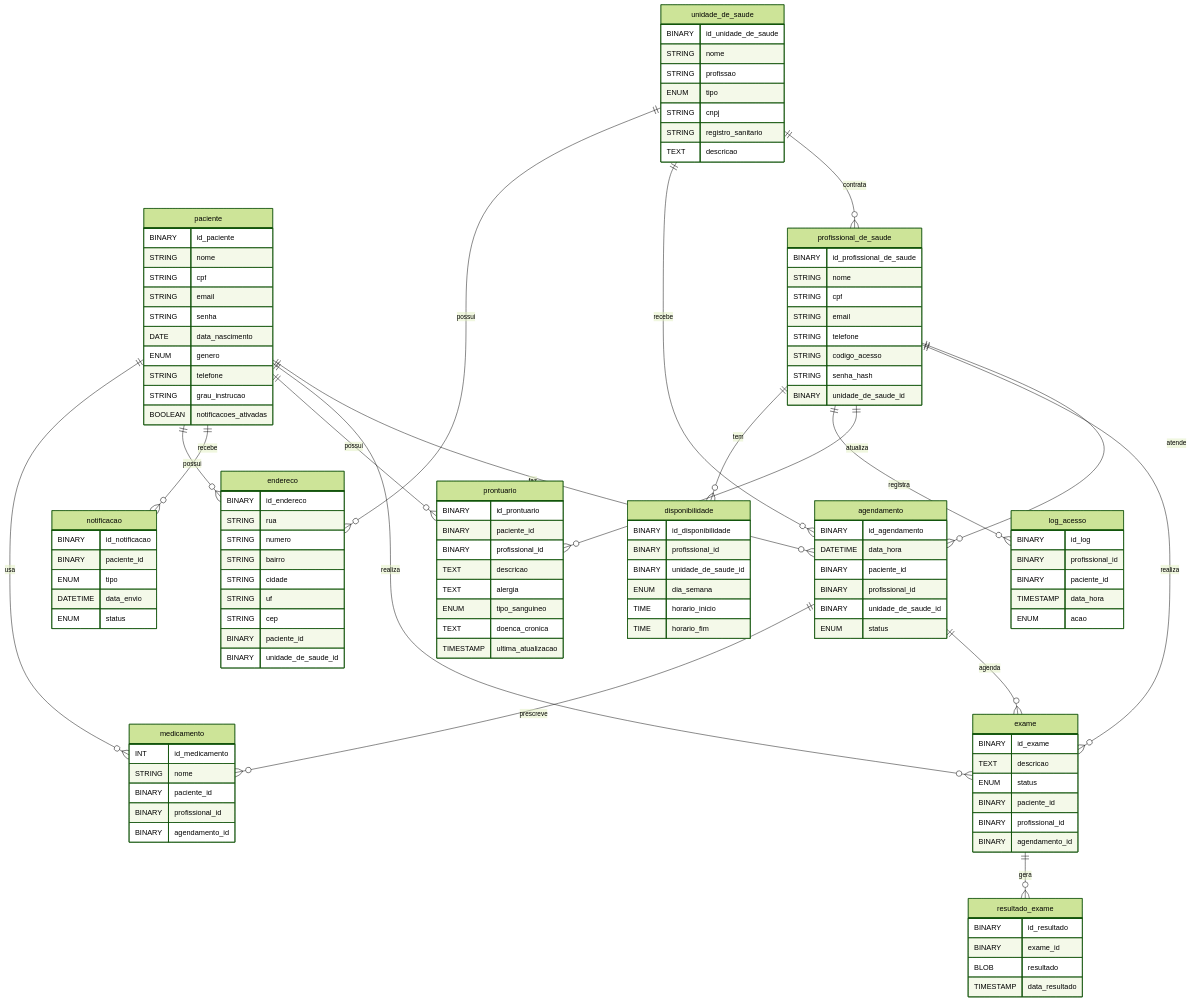
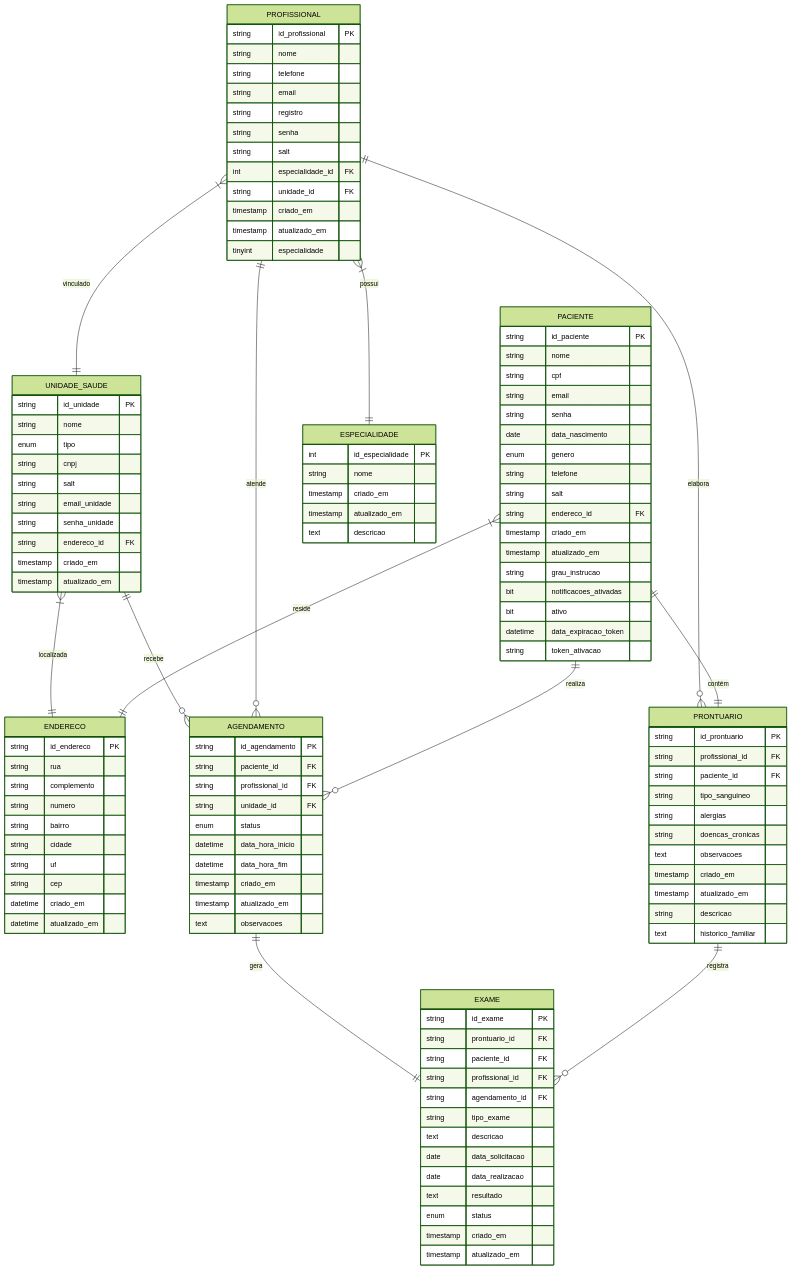
One commit to SAS-Organizacao/SAS_BackEnd changed the diagram in README.md. Above: the diagram before and after it, drawn with Mermaid (forest theme).

Commit message:
Docs: Atualizar README.md

````diff
--- a/README.md
+++ b/README.md
@@ -24,136 +24,130 @@
 ```mermaid
 erDiagram
-    paciente {
-        BINARY id_paciente
-        STRING nome
-        STRING cpf
-        STRING email
-        STRING senha
-        DATE data_nascimento
-        ENUM genero
-        STRING telefone
-        STRING grau_instrucao
-        BOOLEAN notificacoes_ativadas
+    %% Entidades Principais
+    PACIENTE {
+        string id_paciente PK
+        string nome
+        string cpf
+        string email
+        string senha
+        date data_nascimento
+        enum genero
+        string telefone
+        string salt
+        string endereco_id FK
+        timestamp criado_em
+        timestamp atualizado_em
+        string grau_instrucao
+        bit notificacoes_ativadas
+        bit ativo
+        datetime data_expiracao_token
+        string token_ativacao
     }
 
-    unidade_de_saude {
-        BINARY id_unidade_de_saude
-        STRING nome
-        STRING profissao
-        ENUM tipo
-        STRING cnpj
-        STRING registro_sanitario
-        TEXT descricao
+    ENDERECO {
+        string id_endereco PK
+        string rua
+        string complemento
+        string numero
+        string bairro
+        string cidade
+        string uf
+        string cep
+        datetime criado_em
+        datetime atualizado_em
     }
 
-    profissional_de_saude {
-        BINARY id_profissional_de_saude
-        STRING nome
-        STRING cpf
-        STRING email
-        STRING telefone
-        STRING codigo_acesso
-        STRING senha_hash
-        BINARY unidade_de_saude_id
+    UNIDADE_SAUDE {
+        string id_unidade PK
+        string nome
+        enum tipo
+        string cnpj
+        string salt
+        string email_unidade
+        string senha_unidade
+        string endereco_id FK
+        timestamp criado_em
+        timestamp atualizado_em
     }
 
-    agendamento {
-        BINARY id_agendamento
-        DATETIME data_hora
-        BINARY paciente_id
-        BINARY profissional_id
-        BINARY unidade_de_saude_id
-        ENUM status
+    ESPECIALIDADE {
+        int id_especialidade PK
+        string nome
+        timestamp criado_em
+        timestamp atualizado_em
+        text descricao
     }
 
-    exame {
-        BINARY id_exame
-        TEXT descricao
-        ENUM status
-        BINARY paciente_id
-        BINARY profissional_id
-        BINARY agendamento_id
+    %% Entidades Secundárias
+    PROFISSIONAL {
+        string id_profissional PK
+        string nome
+        string telefone
+        string email
+        string registro
+        string senha
+        string salt
+        int especialidade_id FK
+        string unidade_id FK
+        timestamp criado_em
+        timestamp atualizado_em
+        tinyint especialidade
     }
 
-    resultado_exame {
-        BINARY id_resultado
-        BINARY exame_id
-        BLOB resultado
-        TIMESTAMP data_resultado
+    AGENDAMENTO {
+        string id_agendamento PK
+        string paciente_id FK
+        string profissional_id FK
+        string unidade_id FK
+        enum status
+        datetime data_hora_inicio
+        datetime data_hora_fim
+        timestamp criado_em
+        timestamp atualizado_em
+        text observacoes
     }
 
-    prontuario {
-        BINARY id_prontuario
-        BINARY paciente_id
-        BINARY profissional_id
-        TEXT descricao
-        TEXT alergia
-        ENUM tipo_sanguineo
-        TEXT doenca_cronica
-        TIMESTAMP ultima_atualizacao
+    PRONTUARIO {
+        string id_prontuario PK
+        string profissional_id FK
+        string paciente_id FK
+        string tipo_sanguineo
+        string alergias
+        string doencas_cronicas
+        text observacoes
+        timestamp criado_em
+        timestamp atualizado_em
+        string descricao
+        text historico_familiar
     }
 
-    medicamento {
-        INT id_medicamento
-        STRING nome
-        BINARY paciente_id
-        BINARY profissional_id
-        BINARY agendamento_id
+    EXAME {
+        string id_exame PK
+        string prontuario_id FK
+        string paciente_id FK
+        string profissional_id FK
+        string agendamento_id FK
+        string tipo_exame
+        text descricao
+        date data_solicitacao
+        date data_realizacao
+        text resultado
+        enum status
+        timestamp criado_em
+        timestamp atualizado_em
     }
 
-    notificacao {
-        BINARY id_notificacao
-        BINARY paciente_id
-        ENUM tipo
-        DATETIME data_envio
-        ENUM status
-    }
-
-    endereco {
-        BINARY id_endereco
-        STRING rua
-        STRING numero
-        STRING bairro
-        STRING cidade
-        STRING uf
-        STRING cep
-        BINARY paciente_id
-        BINARY unidade_de_saude_id
-    }
-
-    log_acesso {
-        BINARY id_log
-        BINARY profissional_id
-        BINARY paciente_id
-        TIMESTAMP data_hora
-        ENUM acao
-    }
-
-    disponibilidade {
-        BINARY id_disponibilidade
-        BINARY profissional_id
-        BINARY unidade_de_saude_id
-        ENUM dia_semana
-        TIME horario_inicio
-        TIME horario_fim
-    }
-
-    paciente ||--o{ agendamento : "faz"
-    paciente ||--o{ exame : "realiza"
-    paciente ||--o{ prontuario : "possui"
-    paciente ||--o{ notificacao : "recebe"
-    paciente ||--o{ endereco : "possui"
-    paciente ||--o{ medicamento : "usa"
-    profissional_de_saude ||--o{ agendamento : "atende"
-    profissional_de_saude ||--o{ exame : "realiza"
-    profissional_de_saude ||--o{ prontuario : "atualiza"
-    profissional_de_saude ||--o{ log_acesso : "registra"
-    profissional_de_saude ||--o{ disponibilidade : "tem"
-    unidade_de_saude ||--o{ profissional_de_saude : "contrata"
-    unidade_de_saude ||--o{ agendamento : "recebe"
-    unidade_de_saude ||--o{ endereco : "possui"
-    exame ||--o{ resultado_exame : "gera"
-    agendamento ||--o{ exame : "agenda"
-    agendamento ||--o{ medicamento : "prescreve"
+    %% Relacionamentos
+    PACIENTE }|--|| ENDERECO : "reside"
+    UNIDADE_SAUDE }|--|| ENDERECO : "localizada"
+    PROFISSIONAL }|--|| ESPECIALIDADE : "possui"
+    PROFISSIONAL }|--|| UNIDADE_SAUDE : "vinculado"
+    PACIENTE ||--o{ AGENDAMENTO : "realiza"
+    PROFISSIONAL ||--o{ AGENDAMENTO : "atende"
+    UNIDADE_SAUDE ||--o{ AGENDAMENTO : "recebe"
+    PACIENTE ||--|| PRONTUARIO : "contém"
+    PROFISSIONAL ||--o{ PRONTUARIO : "elabora"
+    PRONTUARIO ||--o{ EXAME : "registra"
+    AGENDAMENTO ||--|| EXAME : "gera"
 
 ```
````
